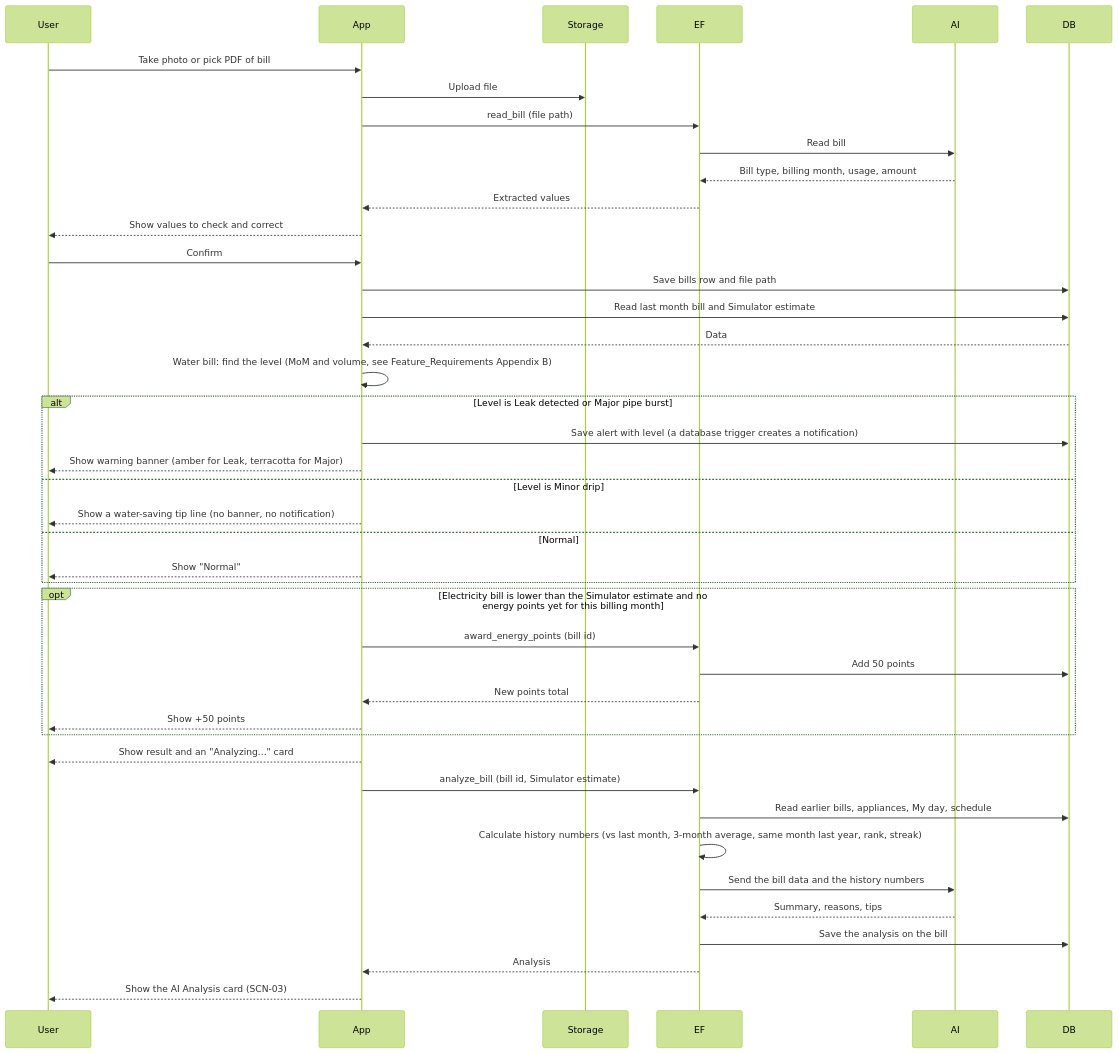
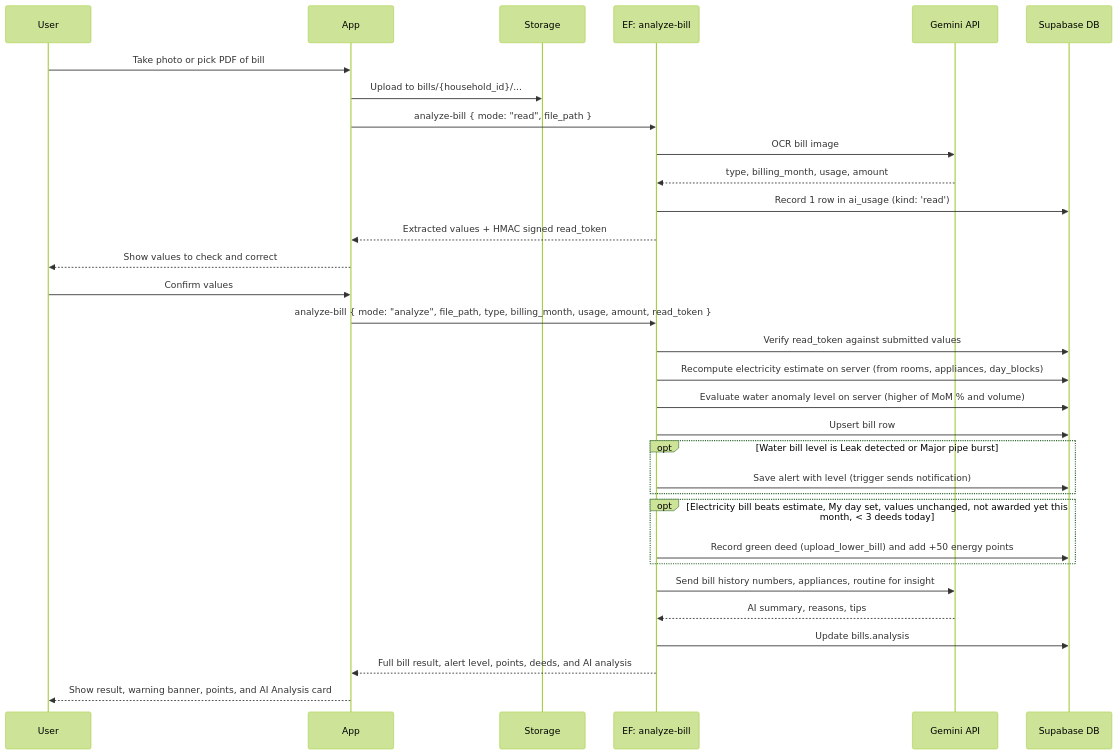
One commit to HONGJIABAO/Simeplify changed diagram 11 of 15 in docs/Workflow.md. Above: the diagram before and after it, drawn with Mermaid (forest theme). The commit also changed other lines of this file and 12 other files, not shown here.

Commit message:
fix(analyze-bill): persist ai_usage limits, enforce shared billCalc parity, and skip deed at daily cap

````diff
--- a/docs/Workflow.md
+++ b/docs/Workflow.md
@@ -400,45 +400,35 @@
 ```mermaid
 sequenceDiagram
     participant User
     participant App
     participant Storage
-    participant EF
-    participant AI
-    participant DB
+    participant EF as EF: analyze-bill
+    participant AI as Gemini API
+    participant DB as Supabase DB
 
     User->>App: Take photo or pick PDF of bill
-    App->>Storage: Upload file
-    App->>EF: read_bill (file path)
-    EF->>AI: Read bill
-    AI-->>EF: Bill type, billing month, usage, amount
-    EF-->>App: Extracted values
+    App->>Storage: Upload to bills/{household_id}/...
+    App->>EF: analyze-bill { mode: "read", file_path }
+    EF->>AI: OCR bill image
+    AI-->>EF: type, billing_month, usage, amount
+    EF->>DB: Record 1 row in ai_usage (kind: 'read')
+    EF-->>App: Extracted values + HMAC signed read_token
     App-->>User: Show values to check and correct
-    User->>App: Confirm
-    App->>DB: Save bills row and file path
-    App->>DB: Read last month bill and Simulator estimate
-    DB-->>App: Data
-    App->>App: Water bill: find the level (MoM and volume, see Feature_Requirements Appendix B)
-    alt Level is Leak detected or Major pipe burst
-        App->>DB: Save alert with level (a database trigger creates a notification)
-        App-->>User: Show warning banner (amber for Leak, terracotta for Major)
-    else Level is Minor drip
-        App-->>User: Show a water-saving tip line (no banner, no notification)
-    else Normal
-        App-->>User: Show "Normal"
+    User->>App: Confirm values
+    App->>EF: analyze-bill { mode: "analyze", file_path, type, billing_month, usage, amount, read_token }
+    EF->>DB: Verify read_token against submitted values
+    EF->>DB: Recompute electricity estimate on server (from rooms, appliances, day_blocks)
+    EF->>DB: Evaluate water anomaly level on server (higher of MoM % and volume)
+    EF->>DB: Upsert bill row
+    opt Water bill level is Leak detected or Major pipe burst
+        EF->>DB: Save alert with level (trigger sends notification)
     end
-    opt Electricity bill is lower than the Simulator estimate and no energy points yet for this billing month
-        App->>EF: award_energy_points (bill id)
-        EF->>DB: Add 50 points
-        EF-->>App: New points total
-        App-->>User: Show +50 points
+    opt Electricity bill beats estimate, My day set, values unchanged, not awarded yet this month, < 3 deeds today
+        EF->>DB: Record green deed (upload_lower_bill) and add +50 energy points
     end
-    App-->>User: Show result and an "Analyzing..." card
-    App->>EF: analyze_bill (bill id, Simulator estimate)
-    EF->>DB: Read earlier bills, appliances, My day, schedule
-    EF->>EF: Calculate history numbers (vs last month, 3-month average, same month last year, rank, streak)
-    EF->>AI: Send the bill data and the history numbers
-    AI-->>EF: Summary, reasons, tips
-    EF->>DB: Save the analysis on the bill
-    EF-->>App: Analysis
-    App-->>User: Show the AI Analysis card (SCN-03)
+    EF->>AI: Send bill history numbers, appliances, routine for insight
+    AI-->>EF: AI summary, reasons, tips
+    EF->>DB: Update bills.analysis
+    EF-->>App: Full bill result, alert level, points, deeds, and AI analysis
+    App-->>User: Show result, warning banner, points, and AI Analysis card
 ```
````
